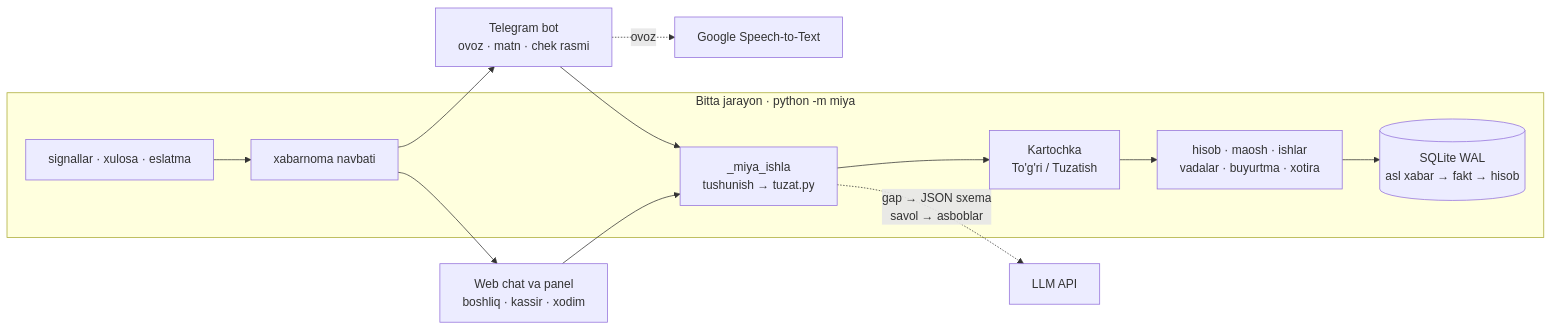
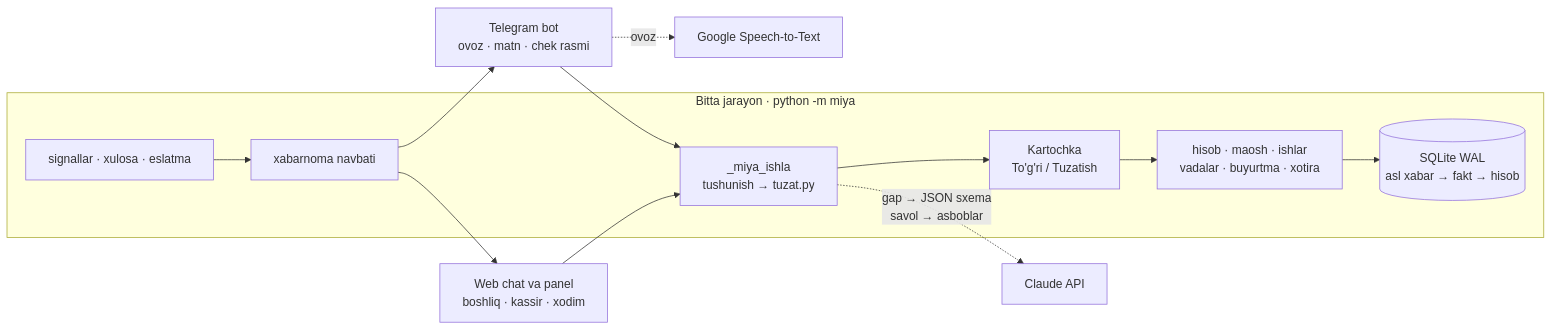
One commit to HumoyunDavronov2001/ofis-miya changed the diagram in README.md. Above: the diagram before and after it, drawn with Mermaid. The commit also changed other lines of this file, not shown here.

````diff
--- a/README.md
+++ b/README.md
@@ -71,15 +71,15 @@
 ```mermaid
 flowchart LR
     TG[Telegram bot<br/>ovoz · matn · chek rasmi] --> M
     W[Web chat va panel<br/>boshliq · kassir · xodim] --> M
     subgraph S[Bitta jarayon · python -m miya]
         M[_miya_ishla<br/>tushunish → tuzat.py] --> K[Kartochka<br/>To'g'ri / Tuzatish]
         K --> H[hisob · maosh · ishlar<br/>vadalar · buyurtma · xotira]
         H --> B[(SQLite WAL<br/>asl xabar → fakt → hisob)]
         Q[signallar · xulosa · eslatma] --> N[xabarnoma navbati]
     end
-    M -. "gap → JSON sxema<br/>savol → asboblar" .-> AI[LLM API]
+    M -. "gap → JSON sxema<br/>savol → asboblar" .-> AI[Claude API]
     TG -. ovoz .-> STT[Google Speech-to-Text]
     N --> TG
     N --> W
 ```
````
